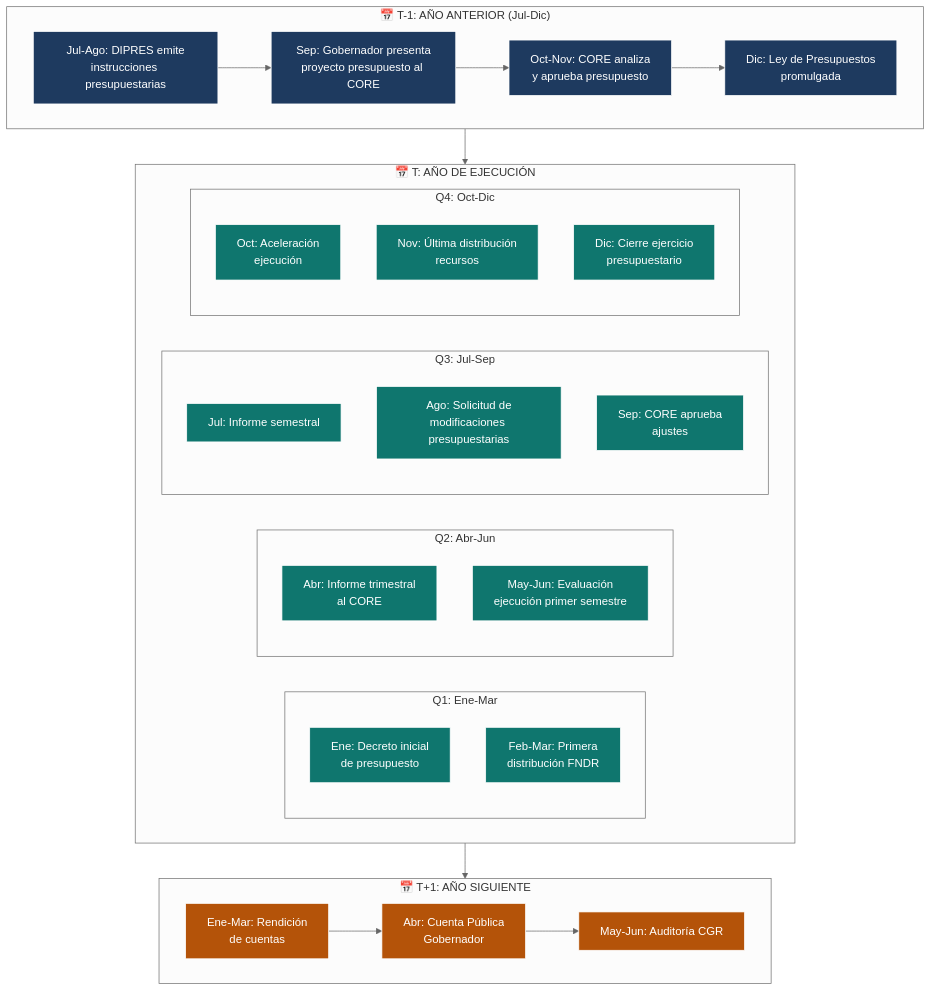
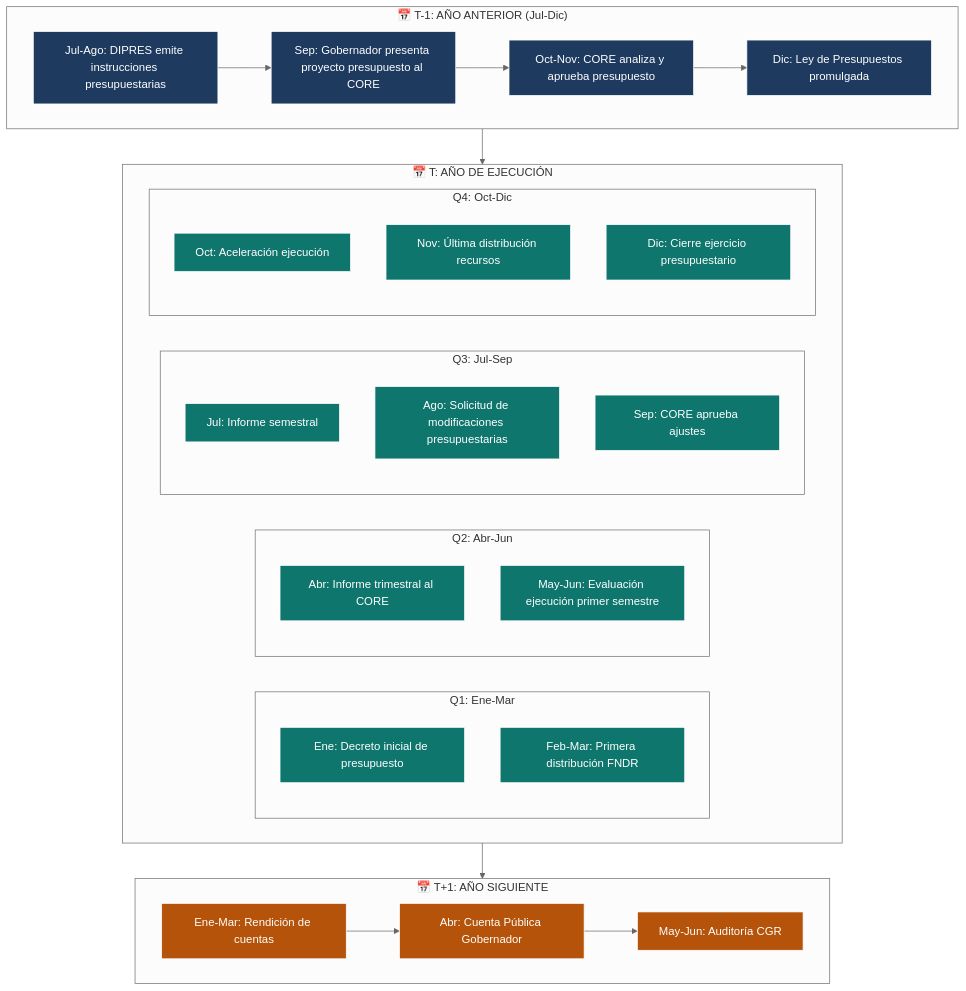
The sixth of 26 diagrams in knowledge/domains/gn/models/omega_gore_nuble_mermaid.md (felix-antonio-sl/gorenuble), drawn with Mermaid (neutral theme) before and after one commit. The commit also changed other lines of this file and 2 other files, not shown here.

````diff
--- a/knowledge/domains/gn/models/omega_gore_nuble_mermaid.md
+++ b/knowledge/domains/gn/models/omega_gore_nuble_mermaid.md
@@ -696,51 +548,51 @@
 ```mermaid
 flowchart TB
     subgraph T1["📅 T-1: AÑO ANTERIOR (Jul-Dic)"]
-        A1["Jul-Ago: DIPRES emite<br/>instrucciones presupuestarias"]
-        A2["Sep: Gobernador presenta<br/>proyecto presupuesto al CORE"]
-        A3["Oct-Nov: CORE analiza<br/>y aprueba presupuesto"]
-        A4["Dic: Ley de Presupuestos<br/>promulgada"]
+        A1["Jul-Ago: DIPRES emite instrucciones presupuestarias"]
+        A2["Sep: Gobernador presenta proyecto presupuesto al CORE"]
+        A3["Oct-Nov: CORE analiza y aprueba presupuesto"]
+        A4["Dic: Ley de Presupuestos promulgada"]
         A1 --> A2 --> A3 --> A4
     end
     
     subgraph T0["📅 T: AÑO DE EJECUCIÓN"]
         subgraph Q1["Q1: Ene-Mar"]
-            B1["Ene: Decreto inicial<br/>de presupuesto"]
-            B2["Feb-Mar: Primera<br/>distribución FNDR"]
+            B1["Ene: Decreto inicial de presupuesto"]
+            B2["Feb-Mar: Primera distribución FNDR"]
         end
         
         subgraph Q2["Q2: Abr-Jun"]
-            B3["Abr: Informe trimestral<br/>al CORE"]
-            B4["May-Jun: Evaluación<br/>ejecución primer semestre"]
+            B3["Abr: Informe trimestral al CORE"]
+            B4["May-Jun: Evaluación ejecución primer semestre"]
         end
         
         subgraph Q3["Q3: Jul-Sep"]
             B5["Jul: Informe semestral"]
-            B6["Ago: Solicitud de<br/>modificaciones presupuestarias"]
-            B7["Sep: CORE aprueba<br/>ajustes"]
+            B6["Ago: Solicitud de modificaciones presupuestarias"]
+            B7["Sep: CORE aprueba ajustes"]
         end
         
         subgraph Q4["Q4: Oct-Dic"]
-            B8["Oct: Aceleración<br/>ejecución"]
-            B9["Nov: Última distribución<br/>recursos"]
-            B10["Dic: Cierre ejercicio<br/>presupuestario"]
+            B8["Oct: Aceleración ejecución"]
+            B9["Nov: Última distribución recursos"]
+            B10["Dic: Cierre ejercicio presupuestario"]
         end
     end
     
     subgraph T_PLUS["📅 T+1: AÑO SIGUIENTE"]
-        C1["Ene-Mar: Rendición<br/>de cuentas"]
-        C2["Abr: Cuenta Pública<br/>Gobernador"]
+        C1["Ene-Mar: Rendición de cuentas"]
+        C2["Abr: Cuenta Pública Gobernador"]
         C3["May-Jun: Auditoría CGR"]
         C1 --> C2 --> C3
     end
     
     T1 --> T0 --> T_PLUS
     
     classDef prep fill:#1e3a5f,stroke:#fff,color:#fff
     classDef exec fill:#0f766e,stroke:#fff,color:#fff
     classDef cierre fill:#b45309,stroke:#fff,color:#fff
     
     class A1,A2,A3,A4 prep
     class B1,B2,B3,B4,B5,B6,B7,B8,B9,B10 exec
     class C1,C2,C3 cierre
 ```
````
